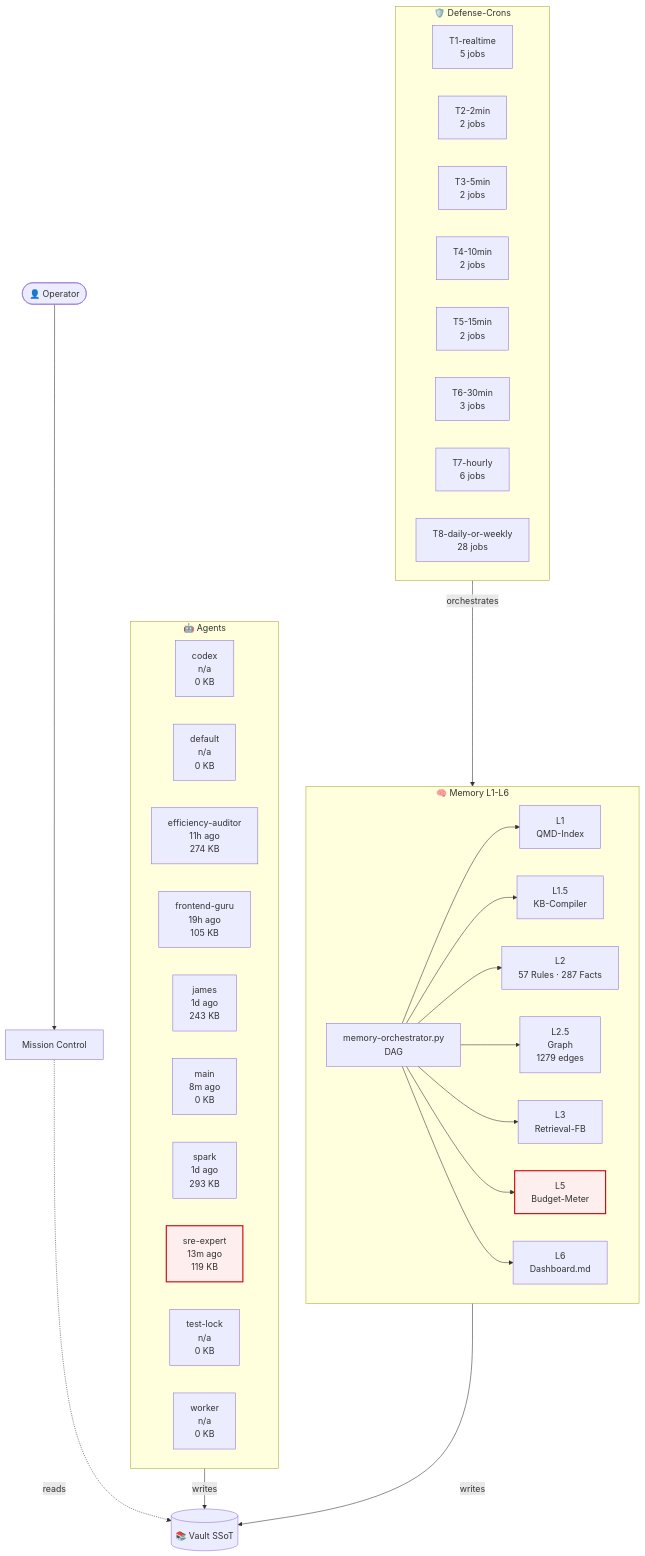
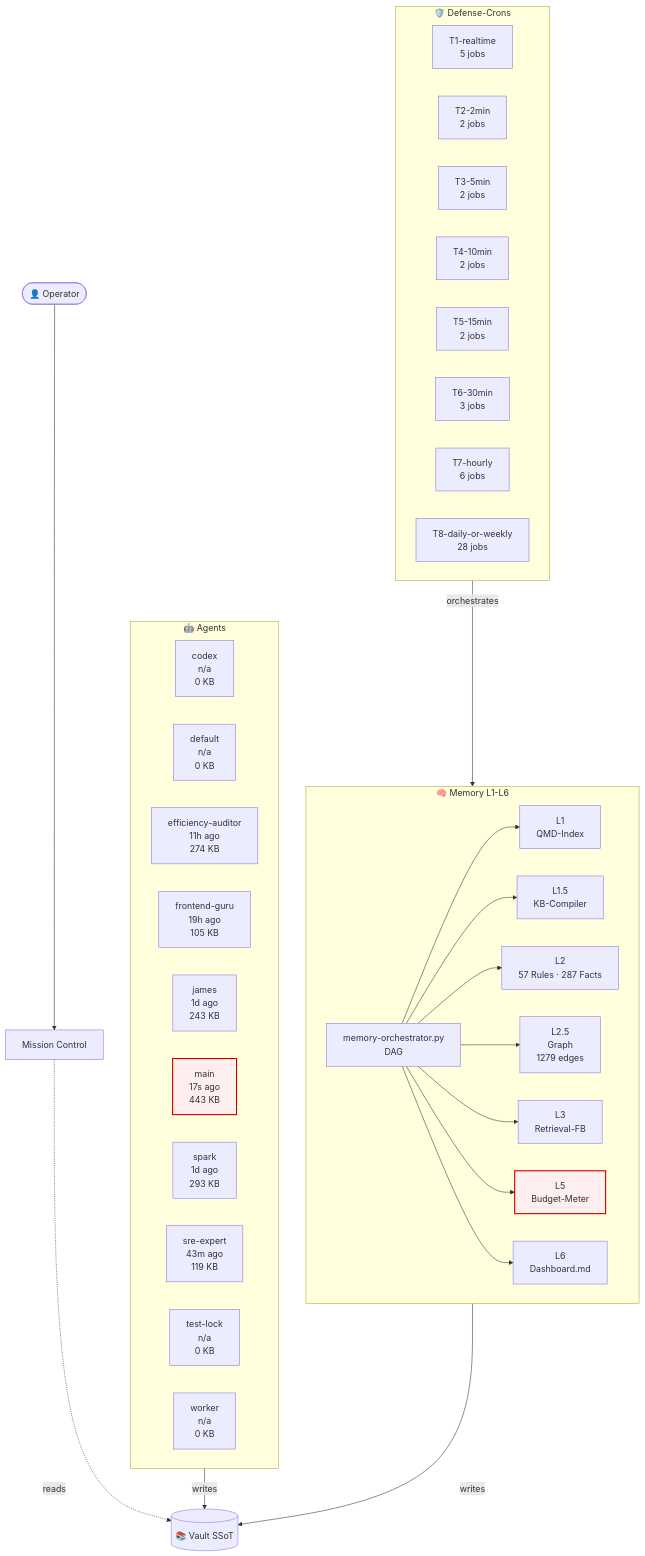
The diagram in 03-Agents/architecture-live.md (lenardhuebner88-rgb/openclaw-memory), drawn with Mermaid before and after one commit. The commit also changed other lines of this file and 13 other files, not shown here.

````diff
--- a/03-Agents/architecture-live.md
+++ b/03-Agents/architecture-live.md
@@ -18,53 +18,53 @@
 ```mermaid
 flowchart TB
     classDef critical fill:#fee,stroke:#c00,stroke-width:2px;
     subgraph AGT["🤖 Agents"]
         agent_codex["codex<br/>n/a<br/>0 KB"]
         agent_default["default<br/>n/a<br/>0 KB"]
         agent_efficiency_auditor["efficiency-auditor<br/>11h ago<br/>274 KB"]
         agent_frontend_guru["frontend-guru<br/>19h ago<br/>105 KB"]
         agent_james["james<br/>1d ago<br/>243 KB"]
-        agent_main["main<br/>8m ago<br/>0 KB"]
+        agent_main["main<br/>17s ago<br/>443 KB"]
         agent_spark["spark<br/>1d ago<br/>293 KB"]
-        agent_sre_expert["sre-expert<br/>13m ago<br/>119 KB"]
+        agent_sre_expert["sre-expert<br/>43m ago<br/>119 KB"]
         agent_test_lock["test-lock<br/>n/a<br/>0 KB"]
         agent_worker["worker<br/>n/a<br/>0 KB"]
     end
     subgraph MEM["🧠 Memory L1-L6"]
         L1["L1<br/>QMD-Index"]
         L15["L1.5<br/>KB-Compiler"]
         L2["L2<br/>57 Rules · 287 Facts"]
         L25["L2.5<br/>Graph<br/>1279 edges"]
         L3["L3<br/>Retrieval-FB"]
         L5["L5<br/>Budget-Meter"]
         L6["L6<br/>Dashboard.md"]
         ORCH["memory-orchestrator.py<br/>DAG"]
     end
     subgraph CRN["🛡️ Defense-Crons"]
         tier_T1_realtime["T1-realtime<br/>5 jobs"]
         tier_T2_2min["T2-2min<br/>2 jobs"]
         tier_T3_5min["T3-5min<br/>2 jobs"]
         tier_T4_10min["T4-10min<br/>2 jobs"]
         tier_T5_15min["T5-15min<br/>2 jobs"]
         tier_T6_30min["T6-30min<br/>3 jobs"]
         tier_T7_hourly["T7-hourly<br/>6 jobs"]
         tier_T8_daily_or_weekly["T8-daily-or-weekly<br/>28 jobs"]
     end
     VAULT[("📚 Vault SSoT")]
     OP([👤 Operator])
     MC["Mission Control"]
     OP --> MC
     MC -.reads.-> VAULT
     AGT -->|writes| VAULT
     MEM -->|writes| VAULT
     ORCH --> L1
     ORCH --> L15
     ORCH --> L2
     ORCH --> L25
     ORCH --> L3
     ORCH --> L5
     ORCH --> L6
     CRN -->|orchestrates| MEM
     class L5 critical
-    class agent_sre_expert critical
+    class agent_main critical
 ```
````
